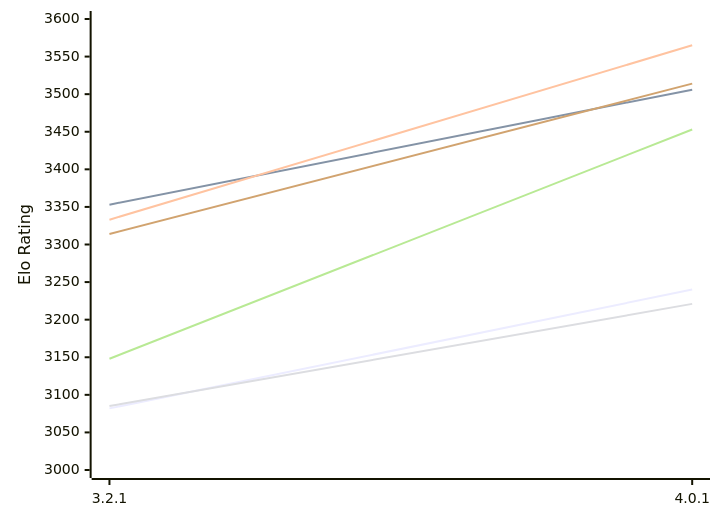
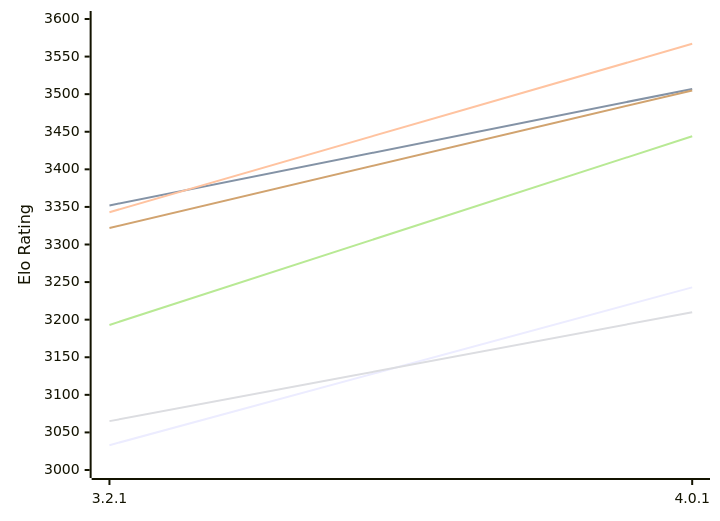
The first of 2 diagrams in engines/Prune.md (computer-chess-index/cci), drawn with Mermaid before and after one commit. The commit also changed other lines of this file, not shown here.

Commit message:
Update CCI Ratings (ELO VLTC) - 2026-11-15

````diff
--- a/engines/Prune.md
+++ b/engines/Prune.md
@@ -56,12 +56,12 @@
 ```mermaid
 %%{init: {"theme":"base","themeVariables":{"seriesColors:['#a3a3a3','#222221','#faa371']}}}%%
 xychart-beta
   x-axis ["3.2.1", "4.0.1"]
   y-axis "Elo Rating" 3000 --> 3600
-  line "E1: STC (8.0+0.08s)" [3082, 3240]
-  line "E1: LTC (60.0+0.60s)" [3353, 3506]
-  line "E1: VLTC (2m24s+1.12s)" [3333, 3565]
-  line "P1: STC (8.0+0.08s)" [3085, 3221]
-  line "P1: LTC (60.0+0.60s)" [3148, 3453]
-  line "P1: VLTC (2m24s+1.12s)" [3314, 3514]
+  line "E1: STC (8.0+0.08s)" [3033, 3243]
+  line "E1: LTC (60.0+0.60s)" [3352, 3507]
+  line "E1: VLTC (2m24s+1.12s)" [3343, 3567]
+  line "P1: STC (8.0+0.08s)" [3065, 3210]
+  line "P1: LTC (60.0+0.60s)" [3193, 3444]
+  line "P1: VLTC (2m24s+1.12s)" [3322, 3505]
 ```
````
